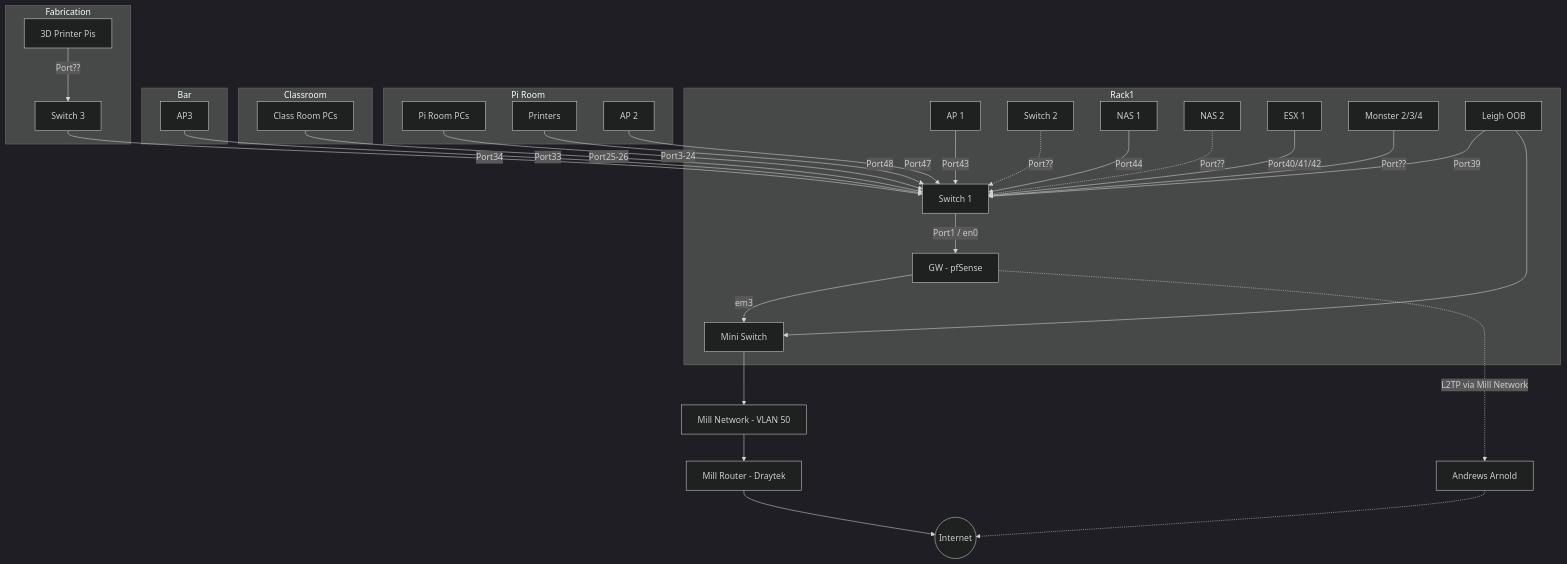
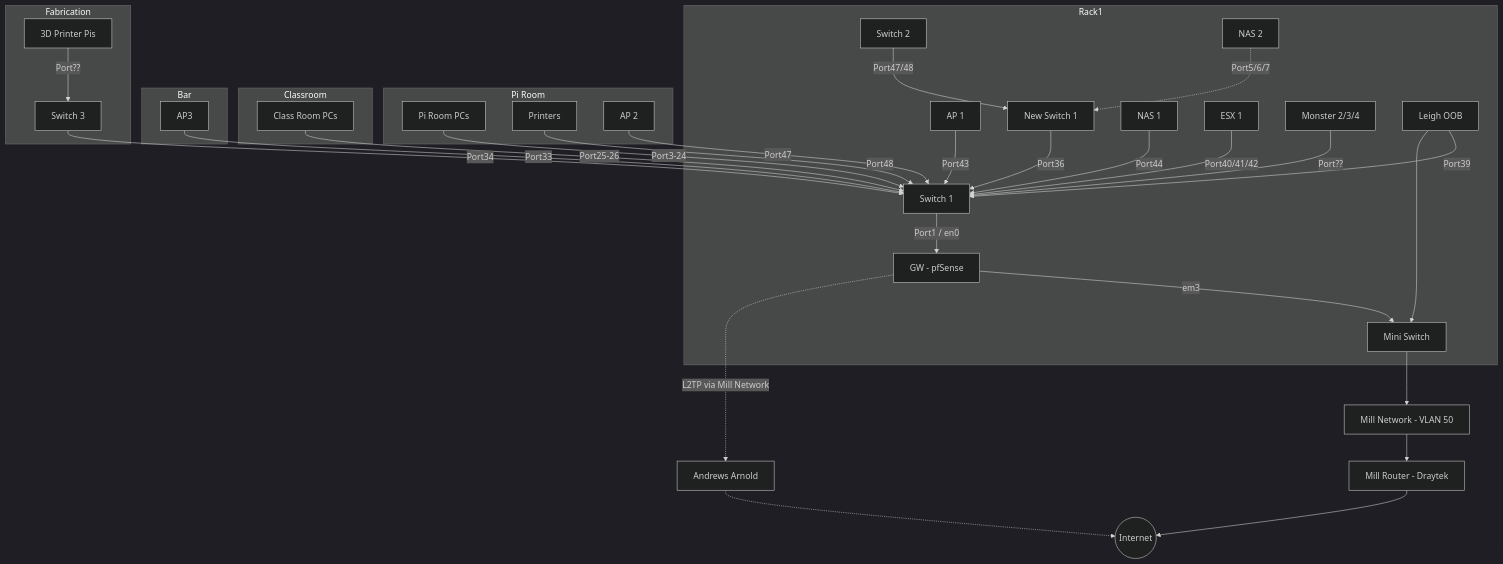
The first of 2 diagrams in docs/infrastructure/network_layout.md (leigh-hackspace/HackspaceWiki), drawn with Mermaid (dark theme) before and after one commit. The commit also changed other lines of this file, not shown here.

Commit message:
Update net diagram

````diff
--- a/docs/infrastructure/network_layout.md
+++ b/docs/infrastructure/network_layout.md
@@ -7,41 +7,42 @@
 ```mermaid
 graph 
     subgraph Rack1
     GW[GW - pfSense] 
     AP[AP 1] -->|Port43| SWITCH1
     SWITCH1[Switch 1] -->|Port1 / en0| GW
-    SWITCH2[Switch 2] -.-> |Port??| SWITCH1
+    SWITCH1N[New Switch 1] --> |Port36| SWITCH1
+    SWITCH2[Switch 2] --> |Port47/48| SWITCH1N
     NAS1[NAS 1] --> |Port44| SWITCH1
-    NAS2[NAS 2] -.-> |Port??| SWITCH1
+    NAS2[NAS 2] -.-> |Port5/6/7| SWITCH1N
     ESX1[ESX 1] --> |Port40/41/42| SWITCH1
     MONSTER[Monster 2/3/4] --> |Port??| SWITCH1
     LEIGHOOB[Leigh OOB] --> |Port39| SWITCH1
     MINISWITCH[Mini Switch]
     end
 
     LEIGHOOB --> MINISWITCH
     GW -->|em3| MINISWITCH
     MINISWITCH --> MILL
     GW -. L2TP via Mill Network .-> AAISP
     MILL[Mill Network - VLAN 50] --> MILLROUTER[Mill Router - Draytek] --> INTERNET((Internet))
     AAISP[Andrews Arnold] -.-> INTERNET
     
     subgraph Pi Room
     PIROOMPC[Pi Room PCs] -->|Port3-24| SWITCH1
     PRINTERS[Printers] -->|Port48| SWITCH1
     PIROOMAP[AP 2] --> |Port47| SWITCH1
     end
 
     subgraph Classroom
     CLASSROOMPC[Class Room PCs] -->|Port25-26| SWITCH1
     end
     
     subgraph Bar
     AP3[AP3] -->|Port33| SWITCH1
     end
     
     subgraph Fabrication
     SWITCH3[Switch 3] -->|Port34| SWITCH1
     3DPRINTERS[3D Printer Pis] --> |Port??| SWITCH3
     end
 ```
````
